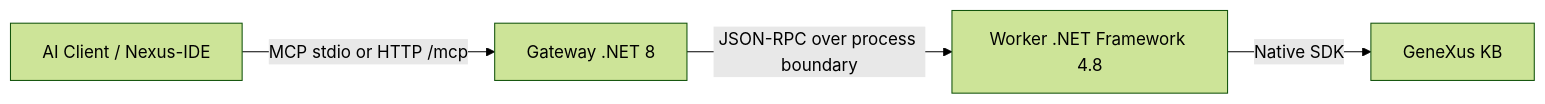
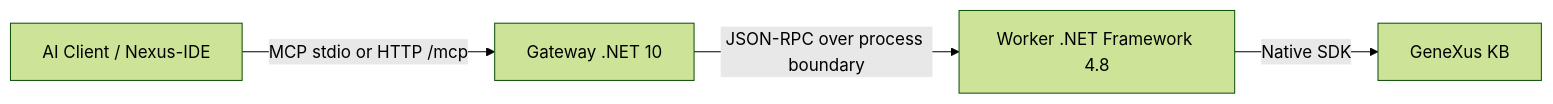
One commit to lennix1337/Genexus18MCP changed the diagram in README.md. Above: the diagram before and after it, drawn with Mermaid (forest theme). The commit also changed 189 other files, not shown here.

````diff
--- a/README.md
+++ b/README.md
@@ -499,6 +499,6 @@
 ```mermaid
 graph LR
-    A[AI Client / Nexus-IDE] -->|MCP stdio or HTTP /mcp| B[Gateway .NET 8]
+    A[AI Client / Nexus-IDE] -->|MCP stdio or HTTP /mcp| B[Gateway .NET 10]
     B -->|JSON-RPC over process boundary| C[Worker .NET Framework 4.8]
     C -->|Native SDK| D[GeneXus KB]
 ```
````
